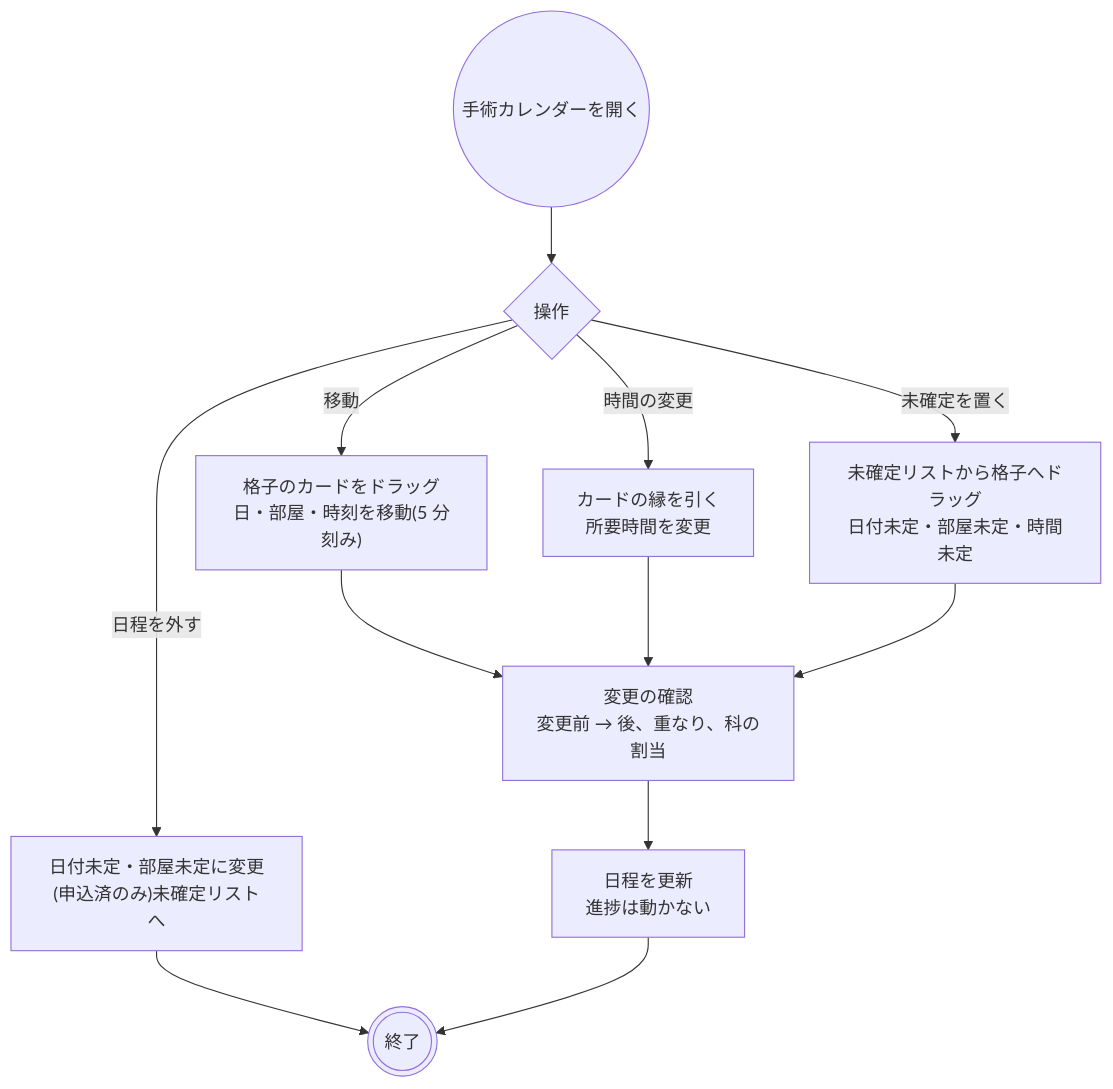
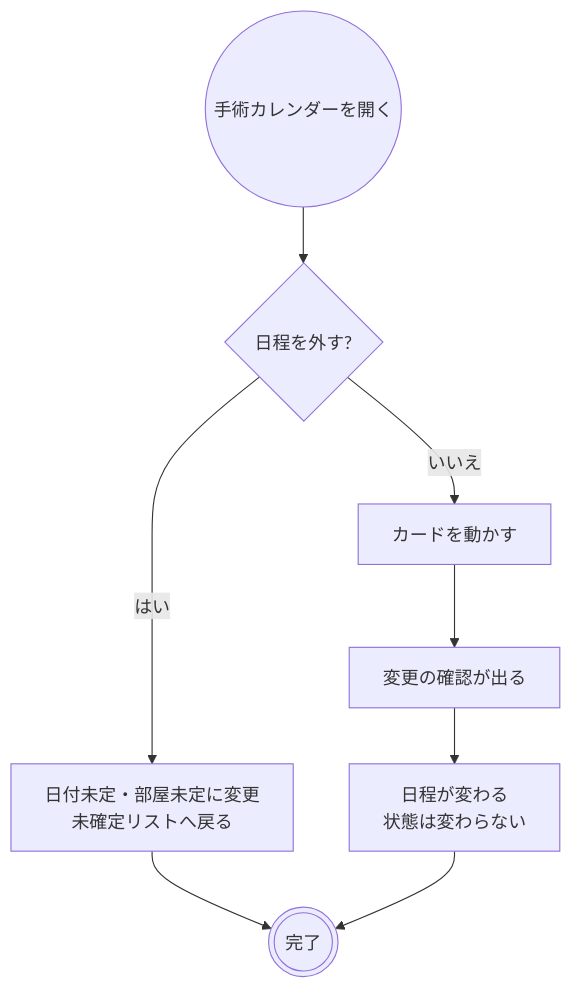
Before and after one commit to ysnr-dev/fhir-client-docs: the fourth of 6 diagrams in docs/flows/surgery.md, drawn with Mermaid. The commit also changed other lines of this file and 43 other files, not shown here.

Commit message:
docs: 業務フローとシーケンス図を写し直し

````diff
--- a/docs/flows/surgery.md
+++ b/docs/flows/surgery.md
@@ -146,19 +186,14 @@
 ```mermaid
 flowchart TD
   open(("手術カレンダーを開く"))
-  op{"操作"}
-  drag["格子のカードをドラッグ<br/>日・部屋・時刻を移動(5 分刻み)"]
-  resize["カードの縁を引く<br/>所要時間を変更"]
-  pend["未確定リストから格子へドラッグ<br/>日付未定・部屋未定・時間未定"]
-  confirm["変更の確認<br/>変更前 → 後、重なり、科の割当"]
-  move["日程を更新<br/>進捗は動かない"]
-  unschedule["日付未定・部屋未定に変更<br/>(申込済のみ)未確定リストへ"]
-  done((("終了")))
+  op{"日程を外す?"}
+  unschedule["日付未定・部屋未定に変更<br/>未確定リストへ戻る"]
+  how["カードを動かす"]
+  confirm["変更の確認が出る"]
+  move["日程が変わる<br/>状態は変わらない"]
+  done((("完了")))
 
   open --> op
-  op -- "移動" --> drag --> confirm
-  op -- "時間の変更" --> resize --> confirm
-  op -- "未確定を置く" --> pend --> confirm
-  op -- "日程を外す" --> unschedule --> done
-  confirm --> move --> done
+  op -- "はい" --> unschedule --> done
+  op -- "いいえ" --> how --> confirm --> move --> done
 ```
````
